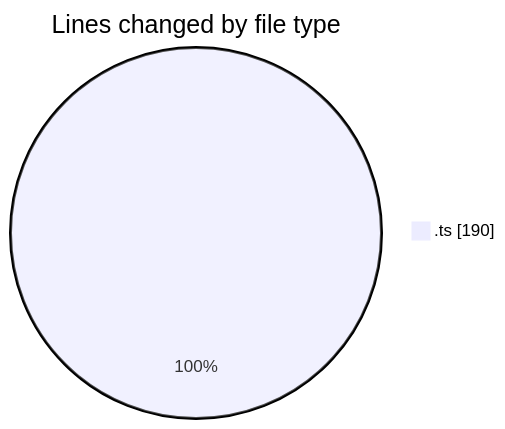
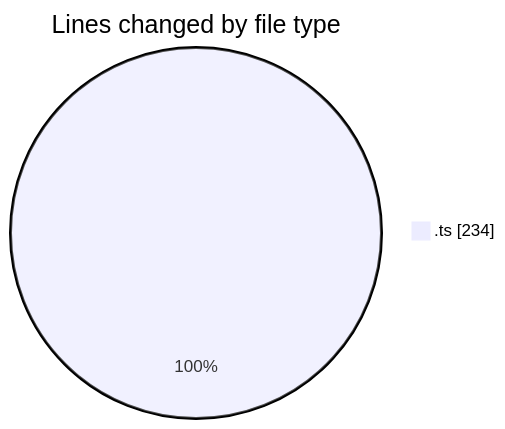
Before and after one commit to tmsrecording-cyber/code-tracking: the first of 2 diagrams in 2026-02-09/singularitybrainai/README.md, drawn with Mermaid. The commit also changed other lines of this file and 1 other file, not shown here.

````diff
--- a/2026-02-09/singularitybrainai/README.md
+++ b/2026-02-09/singularitybrainai/README.md
@@ -20,5 +21,5 @@
 ```mermaid
 pie showData
 title Lines changed by file type
-".ts" : 190
+".ts" : 234
 ```
````
